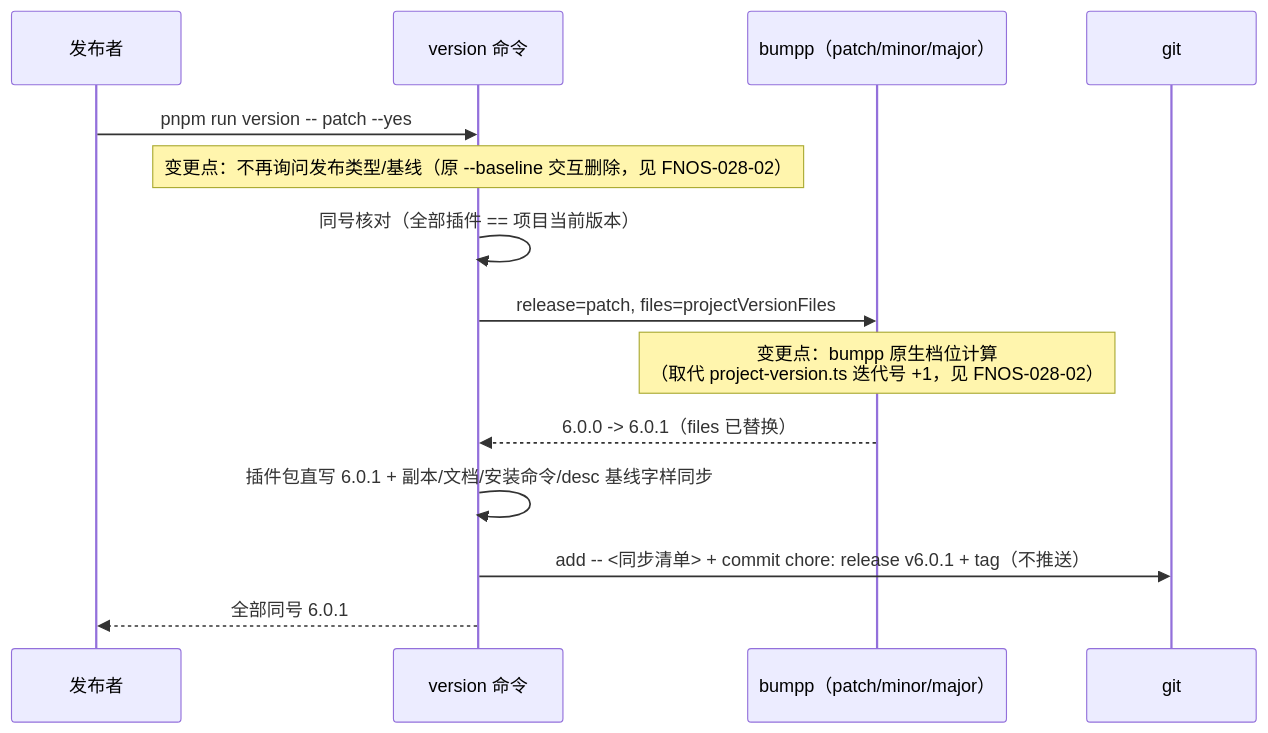
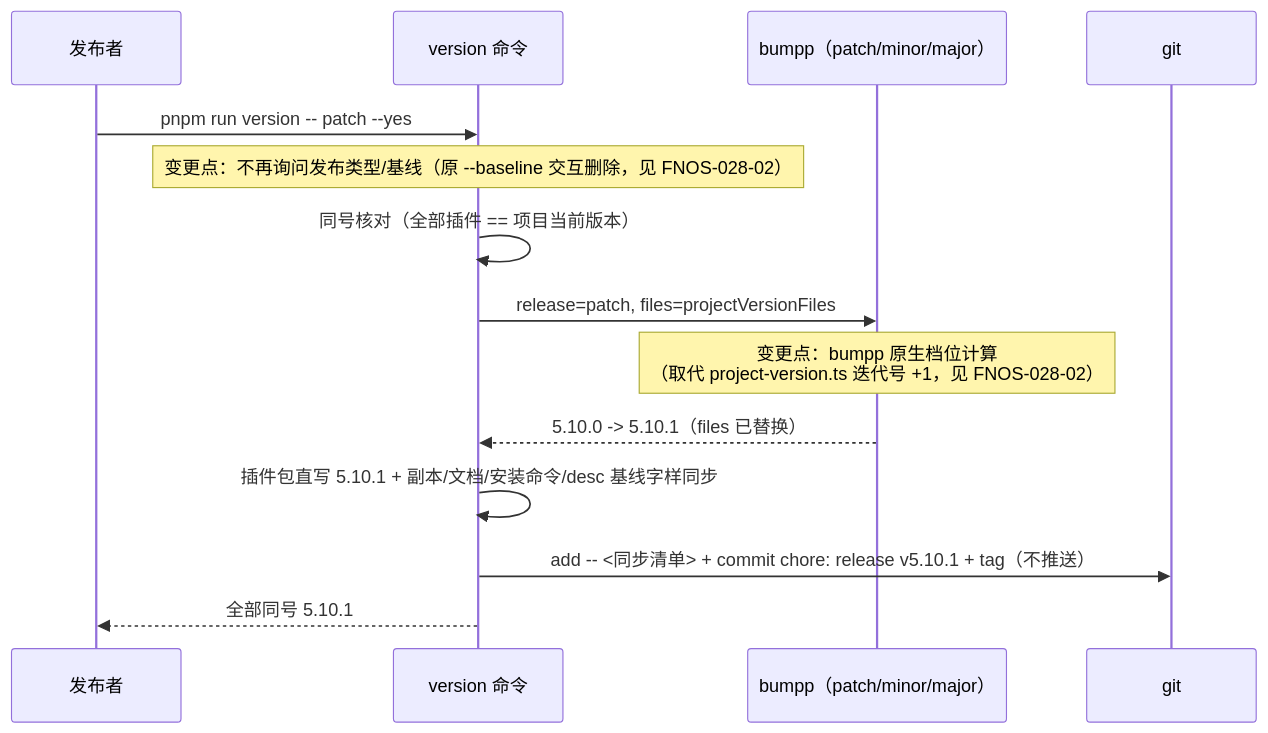
One commit to FNOSP/fnos-dsh changed the second of 3 diagrams in docs/plans/PLAN-FNOS-028-unified-project-version-bumpp.md. Above: the diagram before and after it, drawn with Mermaid. The commit also changed other lines of this file and 40 other files, not shown here.

````diff
--- a/docs/plans/PLAN-FNOS-028-unified-project-version-bumpp.md
+++ b/docs/plans/PLAN-FNOS-028-unified-project-version-bumpp.md
@@ -112,17 +112,17 @@
 ```mermaid
 sequenceDiagram
   participant Dev as 发布者
   participant CLI as version 命令
   participant Bump as bumpp（patch/minor/major）
   participant Git as git
 
   Dev->>CLI: pnpm run version -- patch --yes
   Note over CLI: 变更点：不再询问发布类型/基线（原 --baseline 交互删除，见 FNOS-028-02）
   CLI->>CLI: 同号核对（全部插件 == 项目当前版本）
   CLI->>Bump: release=patch, files=projectVersionFiles
   Note over Bump: 变更点：bumpp 原生档位计算<br/>（取代 project-version.ts 迭代号 +1，见 FNOS-028-02）
-  Bump-->>CLI: 6.0.0 -> 6.0.1（files 已替换）
-  CLI->>CLI: 插件包直写 6.0.1 + 副本/文档/安装命令/desc 基线字样同步
-  CLI->>Git: add -- <同步清单> + commit chore: release v6.0.1 + tag（不推送）
-  CLI-->>Dev: 全部同号 6.0.1
+  Bump-->>CLI: 5.10.0 -> 5.10.1（files 已替换）
+  CLI->>CLI: 插件包直写 5.10.1 + 副本/文档/安装命令/desc 基线字样同步
+  CLI->>Git: add -- <同步清单> + commit chore: release v5.10.1 + tag（不推送）
+  CLI-->>Dev: 全部同号 5.10.1
 ```
````
